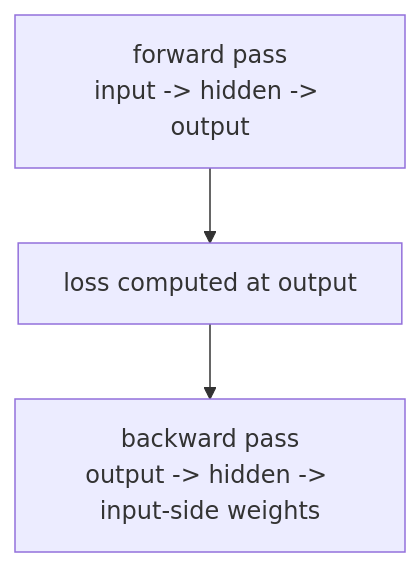
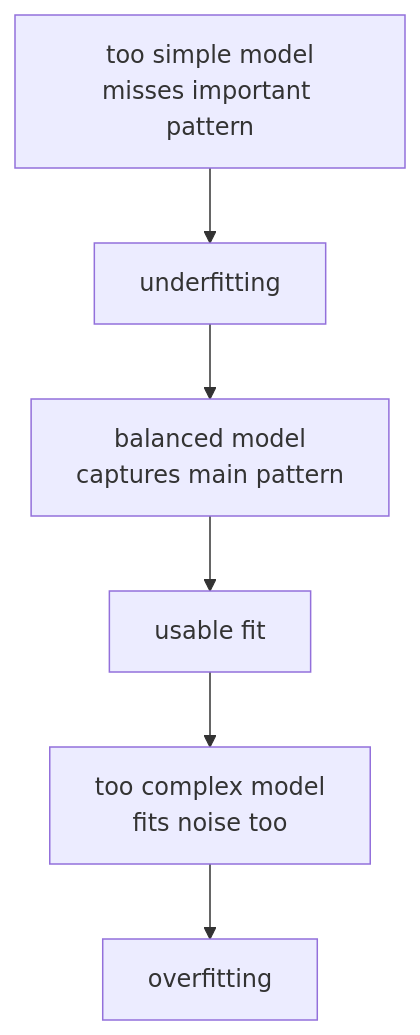
The diagram in docs/parts/part-04/chapter-05/section-01.md (devchan64/AiBook), drawn with Mermaid before and after one commit. The commit also changed other lines of this file and 213 other files, not shown here.

````diff
--- a/docs/parts/part-04/chapter-05/section-01.md
+++ b/docs/parts/part-04/chapter-05/section-01.md
@@ -79,9 +175,15 @@
 ```mermaid
-flowchart TD
-  A["forward pass<br/>input -> hidden -> output"]
-  B["loss computed at output"]
-  C["backward pass<br/>output -> hidden -> input-side weights"]
+flowchart TB
+  A["too simple model<br/>misses important pattern"]
+  A1["underfitting"]
+  B["balanced model<br/>captures main pattern"]
+  B1["usable fit"]
+  C["too complex model<br/>fits noise too"]
+  C1["overfitting"]
 
-  A --> B
-  B --> C
+  A --> A1
+  A1 --> B
+  B --> B1
+  B1 --> C
+  C --> C1
 ```
````
